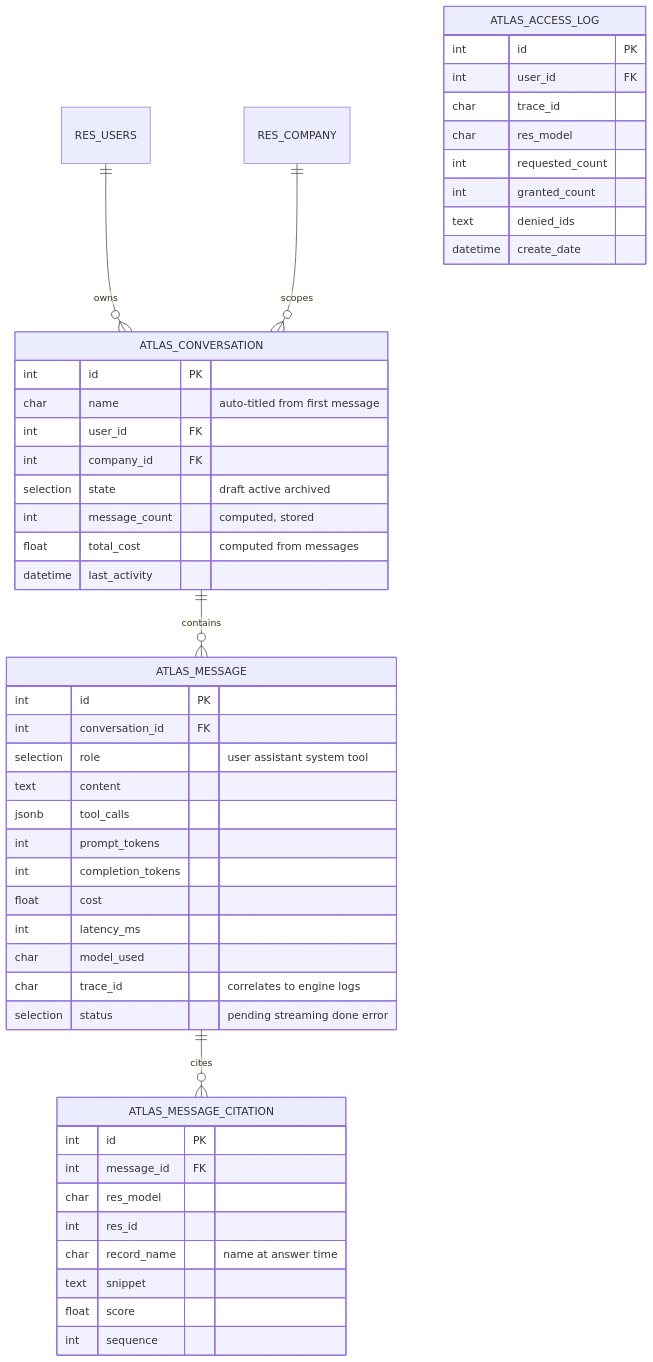
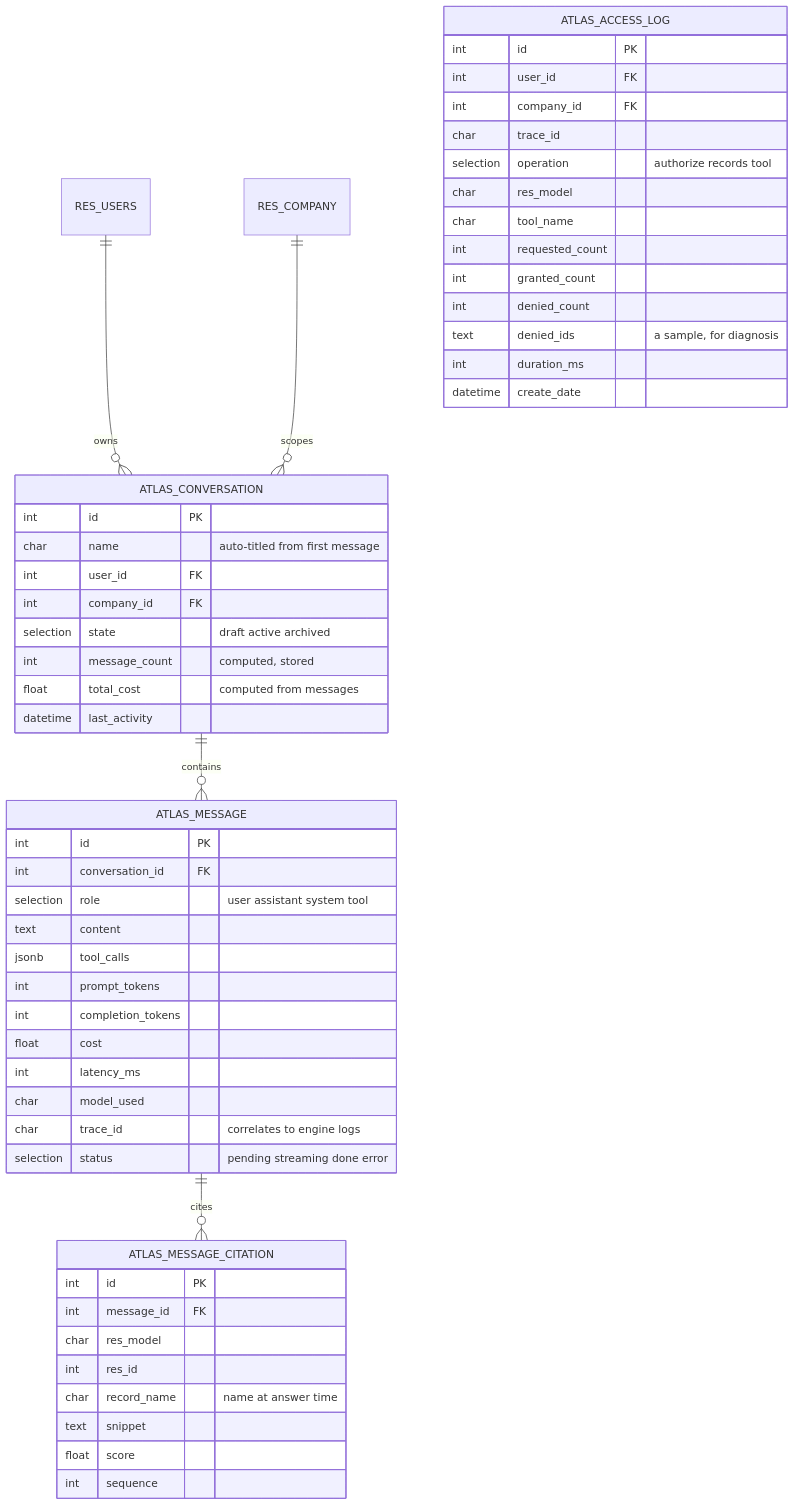
The third of 3 diagrams in docs/architecture/02-data-architecture.md (Spideyman198/Atlas), drawn with Mermaid before and after one commit. The commit also changed other lines of this file and 82 other files, not shown here.

````diff
--- a/docs/architecture/02-data-architecture.md
+++ b/docs/architecture/02-data-architecture.md
@@ -146,55 +146,60 @@
 ```mermaid
 erDiagram
     RES_USERS ||--o{ ATLAS_CONVERSATION : "owns"
     ATLAS_CONVERSATION ||--o{ ATLAS_MESSAGE : "contains"
     ATLAS_MESSAGE ||--o{ ATLAS_MESSAGE_CITATION : "cites"
     RES_COMPANY ||--o{ ATLAS_CONVERSATION : "scopes"
 
     ATLAS_CONVERSATION {
         int      id PK
         char     name          "auto-titled from first message"
         int      user_id FK
         int      company_id FK
         selection state        "draft active archived"
         int      message_count "computed, stored"
         float    total_cost    "computed from messages"
         datetime last_activity
     }
 
     ATLAS_MESSAGE {
         int      id PK
         int      conversation_id FK
         selection role          "user assistant system tool"
         text     content
         jsonb    tool_calls
         int      prompt_tokens
         int      completion_tokens
         float    cost
         int      latency_ms
         char     model_used
         char     trace_id       "correlates to engine logs"
         selection status        "pending streaming done error"
     }
 
     ATLAS_MESSAGE_CITATION {
         int      id PK
         int      message_id FK
         char     res_model
         int      res_id
         char     record_name    "name at answer time"
         text     snippet
         float    score
         int      sequence
     }
 
     ATLAS_ACCESS_LOG {
         int      id PK
         int      user_id FK
+        int      company_id FK
         char     trace_id
+        selection operation      "authorize records tool"
         char     res_model
+        char     tool_name
         int      requested_count
         int      granted_count
-        text     denied_ids
+        int      denied_count
+        text     denied_ids     "a sample, for diagnosis"
+        int      duration_ms
         datetime create_date
     }
 ```
````
